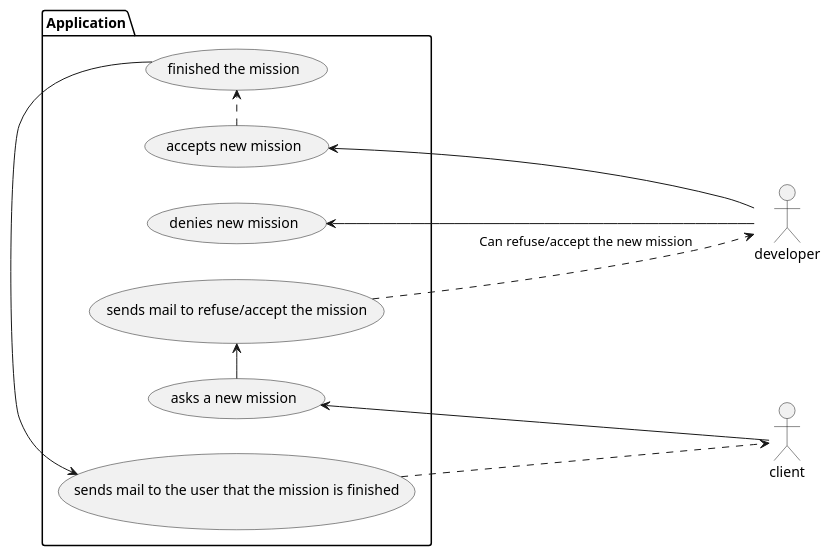
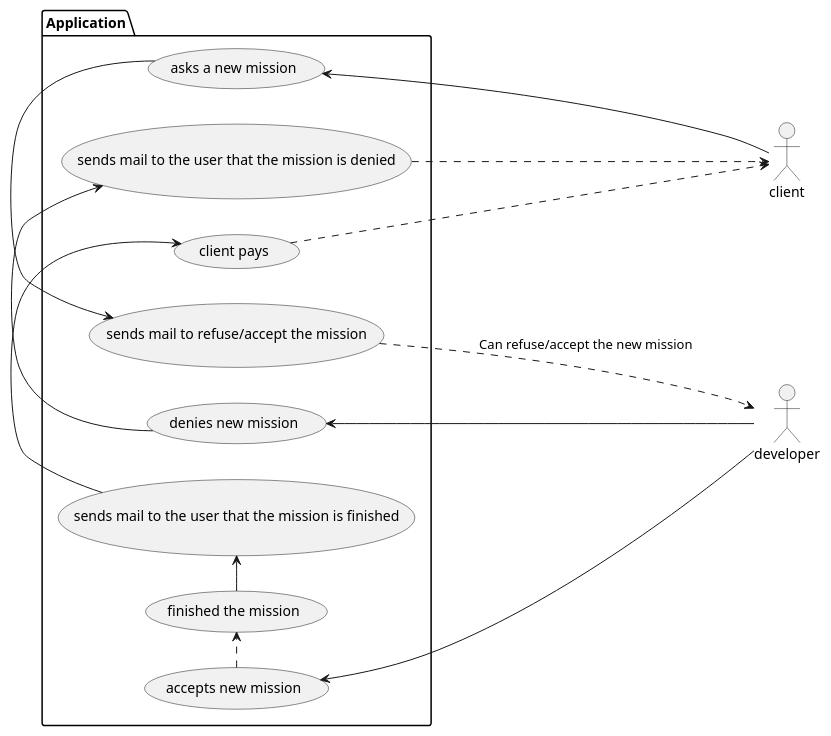
One commit to Loic-Jhs/deverr-back changed the diagram in docs/useCases/client_dev_usecases.puml. Above: the diagram before and after it, drawn with PlantUML.

```diff
--- a/docs/useCases/client_dev_usecases.puml
+++ b/docs/useCases/client_dev_usecases.puml
@@ -1,17 +1,20 @@
 @startuml Client
 left to right direction
 
 actor client
 actor developer
 
 package Application {
-    client --> (asks a new mission)
+    client -left-> (asks a new mission)
     (asks a new mission) -> (sends mail to refuse/accept the mission)
     (sends mail to refuse/accept the mission) ...> developer : Can refuse/accept the new mission
-    (accepts new mission) <- developer
+    (accepts new mission) <-- developer
     (denies new mission) <- developer
+    (denies new mission) -> (sends mail to the user that the mission is denied)
+    (sends mail to the user that the mission is denied) ..> client
     (accepts new mission) .> (finished the mission)
     (finished the mission) -> (sends mail to the user that the mission is finished)
-    (sends mail to the user that the mission is finished) ...> client
+    (sends mail to the user that the mission is finished) -> (client pays)
+    (client pays) ...> client
 }
 @enduml
```
